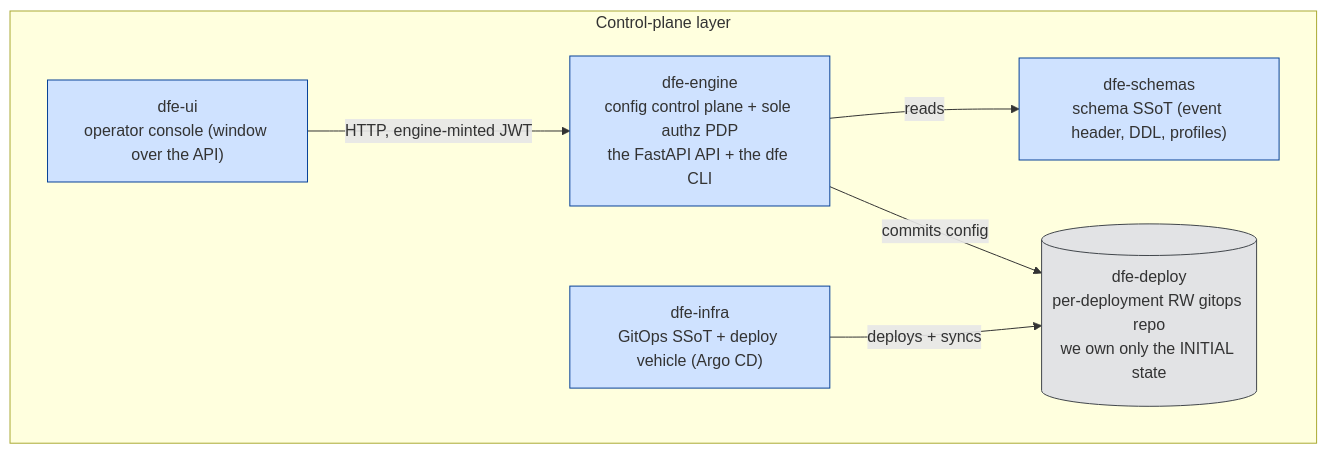
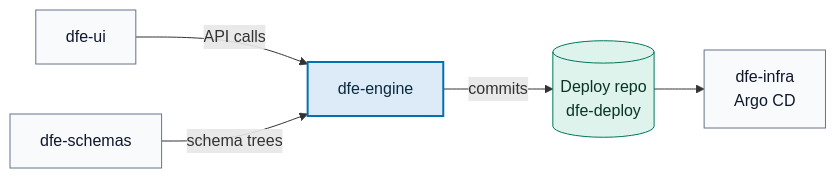
The first of 3 diagrams in docs/control-plane/README.md (hyperi-io/dfe-engine), drawn with Mermaid before and after one commit. The commit also changed other lines of this file and 71 other files, not shown here.

First line of the commit message:
docs(engine): fix 159 claims and redraw every diagram

````diff
--- a/docs/control-plane/README.md
+++ b/docs/control-plane/README.md
@@ -11,20 +9,25 @@
 ```mermaid
-flowchart TB
-    subgraph CP["Control-plane layer"]
-        engine["dfe-engine<br/>config control plane + sole authz PDP<br/>the FastAPI API + the dfe CLI"]
-        schemas["dfe-schemas<br/>schema SSoT (event header, DDL, profiles)"]
-        ui["dfe-ui<br/>operator console (window over the API)"]
-        infra["dfe-infra<br/>GitOps SSoT + deploy vehicle (Argo CD)"]
-        deploy[("dfe-deploy<br/>per-deployment RW gitops repo<br/>we own only the INITIAL state")]
-    end
+flowchart LR
+    accTitle: L4 Detail -- Control-plane repos
+    accDescr: dfe-ui calls the engine API and dfe-schemas ships the schema trees the engine reads. The engine commits config to the deploy repo, which Argo CD syncs from dfe-infra's ApplicationSets.
 
-    ui -->|HTTP, engine-minted JWT| engine
-    engine -->|reads| schemas
-    engine -->|commits config| deploy
-    infra -->|deploys + syncs| deploy
+    ui["dfe-ui"]
+    schemas["dfe-schemas"]
 
-    classDef cp fill:#cfe2ff,stroke:#084298;
-    classDef ext fill:#e2e3e5,stroke:#41464b;
-    class engine,schemas,ui,infra cp;
-    class deploy ext;
+    engine["dfe-engine"]
+
+    deploy[("Deploy repo<br/>dfe-deploy")]
+
+    infra["dfe-infra<br/>Argo CD"]
+
+    ui -->|API calls| engine
+    schemas -->|schema trees| engine
+    engine -->|commits| deploy
+    deploy --> infra
+
+    classDef default fill:#F8FAFC,stroke:#64748B,stroke-width:1px,color:#0F172A
+    classDef core fill:#DCEBF7,stroke:#0072B2,stroke-width:2px,color:#0B2A3F
+    classDef store fill:#DDF3EC,stroke:#00785A,stroke-width:1px,color:#0B3327
+    class engine core
+    class deploy store
 ```
````
